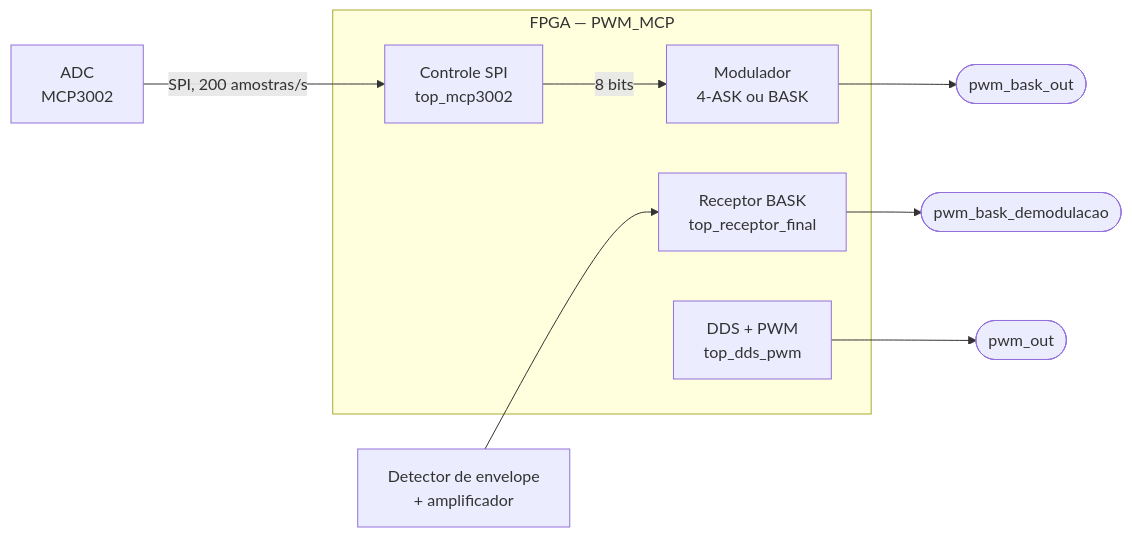
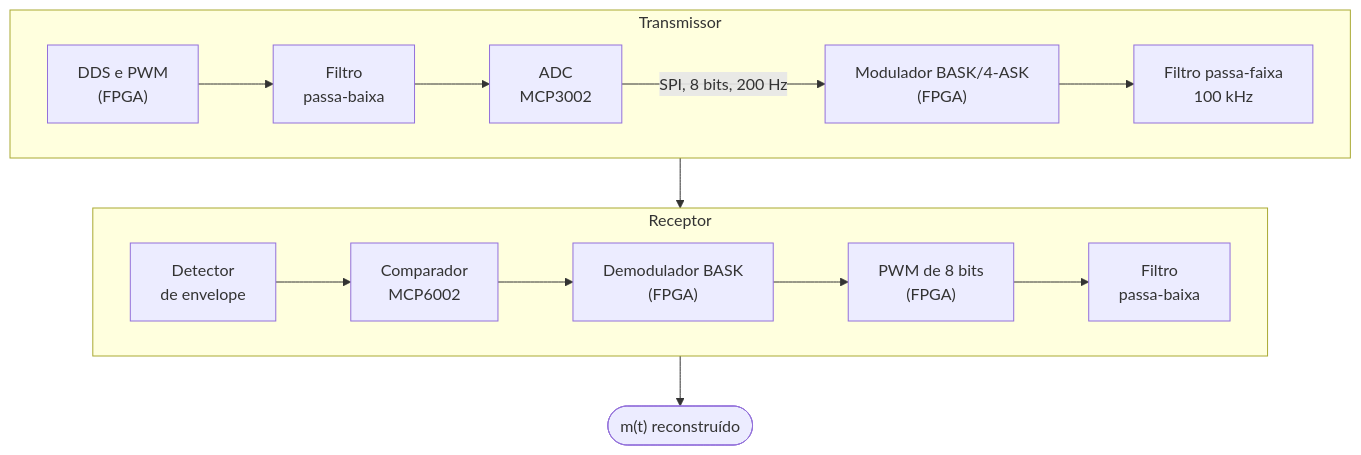
Before and after one commit to engThiagoJunior/SDR: the diagram in README.md, drawn with Mermaid. The commit also changed other lines of this file and 19 other files, not shown here.

````diff
--- a/README.md
+++ b/README.md
@@ -9,15 +25,19 @@
 ```mermaid
-flowchart LR
-    subgraph FPGA["FPGA — PWM_MCP"]
-        DDS["DDS + PWM<br/>top_dds_pwm"]
-        CTRL["Controle SPI<br/>top_mcp3002"]
-        MOD["Modulador<br/>4-ASK ou BASK"]
-        RX["Receptor BASK<br/>top_receptor_final"]
+flowchart TB
+    subgraph TX["Transmissor"]
+        direction LR
+        DDS["DDS e PWM<br/>(FPGA)"] --> FPB1["Filtro<br/>passa-baixa"]
+        FPB1 --> ADC["ADC<br/>MCP3002"]
+        ADC -->|"SPI, 8 bits, 200 Hz"| MOD["Modulador BASK/4-ASK<br/>(FPGA)"]
+        MOD --> FPF["Filtro passa-faixa<br/>100 kHz"]
     end
-    ADC["ADC<br/>MCP3002"] -->|"SPI, 200 amostras/s"| CTRL
-    CTRL -->|"8 bits"| MOD
-    DDS --> PWM1(["pwm_out"])
-    MOD --> PWM2(["pwm_bask_out"])
-    ENV["Detector de envelope<br/>+ amplificador"] --> RX
-    RX --> PWM3(["pwm_bask_demodulacao"])
+    subgraph RX["Receptor"]
+        direction LR
+        DET["Detector<br/>de envelope"] --> COMP["Comparador<br/>MCP6002"]
+        COMP --> DEMOD["Demodulador BASK<br/>(FPGA)"]
+        DEMOD --> PWM["PWM de 8 bits<br/>(FPGA)"]
+        PWM --> FPB2["Filtro<br/>passa-baixa"]
+    end
+    FPF --> DET
+    FPB2 --> OUT(["m(t) reconstruído"])
 ```
````
